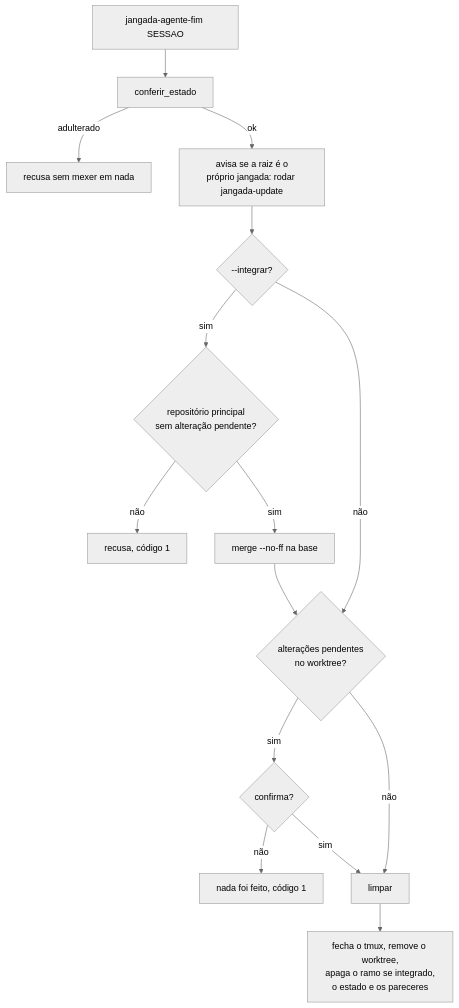
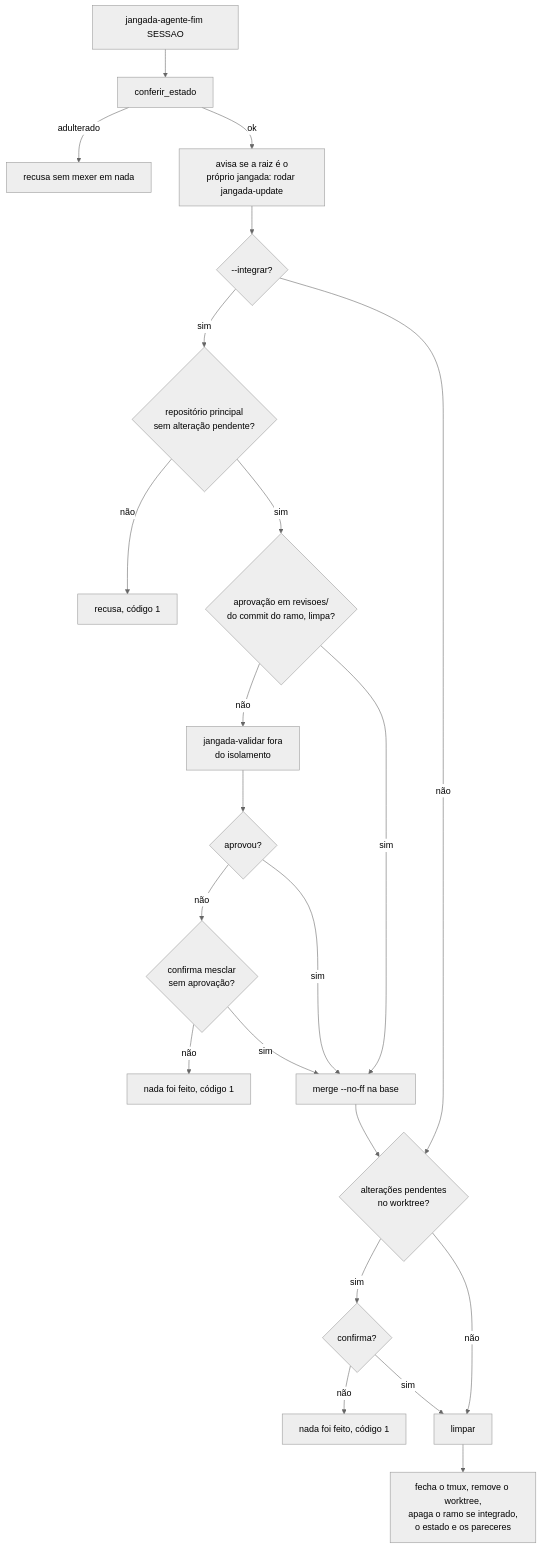
The fourth of 4 diagrams in docs/ciclo-da-tarefa.md (felipintoslv/jangada), drawn with Mermaid (neutral theme) before and after one commit. The commit also changed other lines of this file and 28 other files, not shown here.

First line of the commit message:
fix(revisao): a aprovação que o --integrar aceita é a feita fora do isolamento

````diff
--- a/docs/ciclo-da-tarefa.md
+++ b/docs/ciclo-da-tarefa.md
@@ -119,17 +126,24 @@
 ```mermaid
 flowchart TD
     A[jangada-agente-fim SESSAO] --> B[conferir_estado]
     B -- adulterado --> X[recusa sem mexer em nada]
     B -- ok --> C[avisa se a raiz é o<br>próprio jangada: rodar jangada-update]
     C --> D{--integrar?}
     D -- sim --> E{repositório principal<br>sem alteração pendente?}
     E -- não --> X2[recusa, código 1]
-    E -- sim --> F[merge --no-ff na base]
+    E -- sim --> R{aprovação em revisoes/<br>do commit do ramo, limpa?}
+    R -- não --> V[jangada-validar fora<br>do isolamento]
+    V --> Q{aprovou?}
+    Q -- não --> C2{confirma mesclar<br>sem aprovação?}
+    C2 -- não --> X4[nada foi feito, código 1]
+    C2 -- sim --> F
+    Q -- sim --> F
+    R -- sim --> F[merge --no-ff na base]
     F --> G
     D -- não --> G{alterações pendentes<br>no worktree?}
     G -- sim --> H{confirma?}
     H -- não --> X3[nada foi feito, código 1]
     H -- sim --> I
     G -- não --> I[limpar]
     I --> J[fecha o tmux, remove o worktree,<br>apaga o ramo se integrado,<br>o estado e os pareceres]
 ```
````
